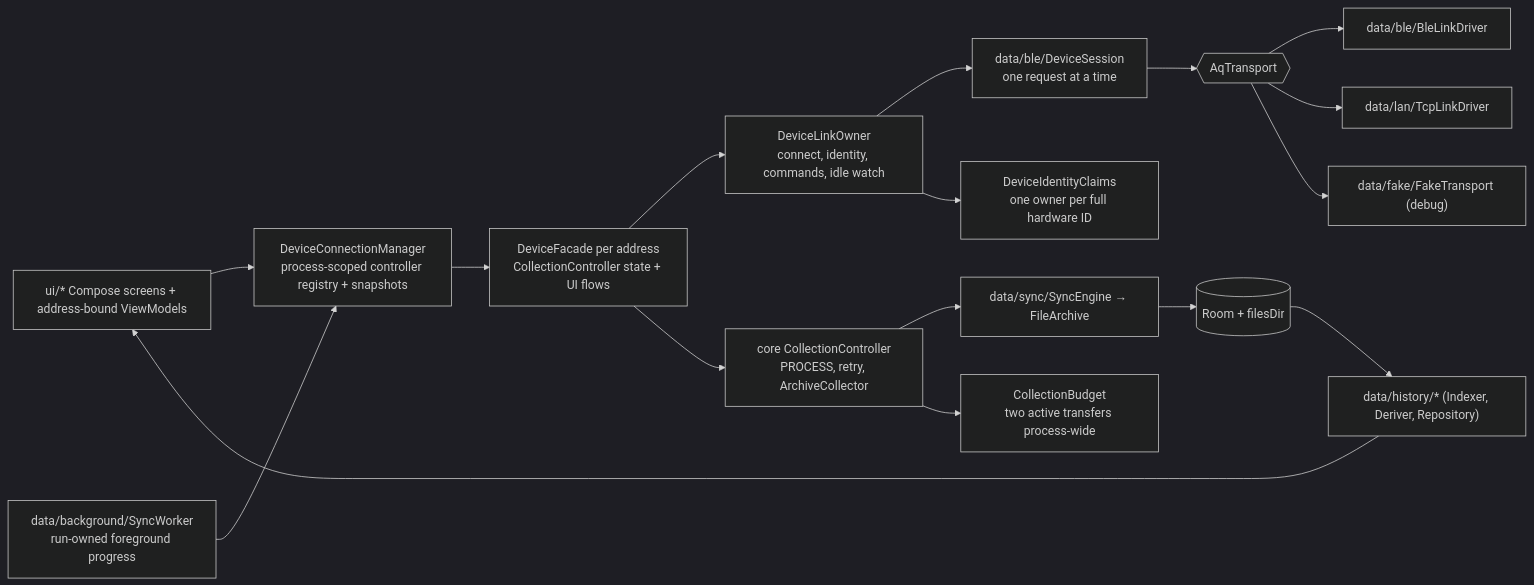
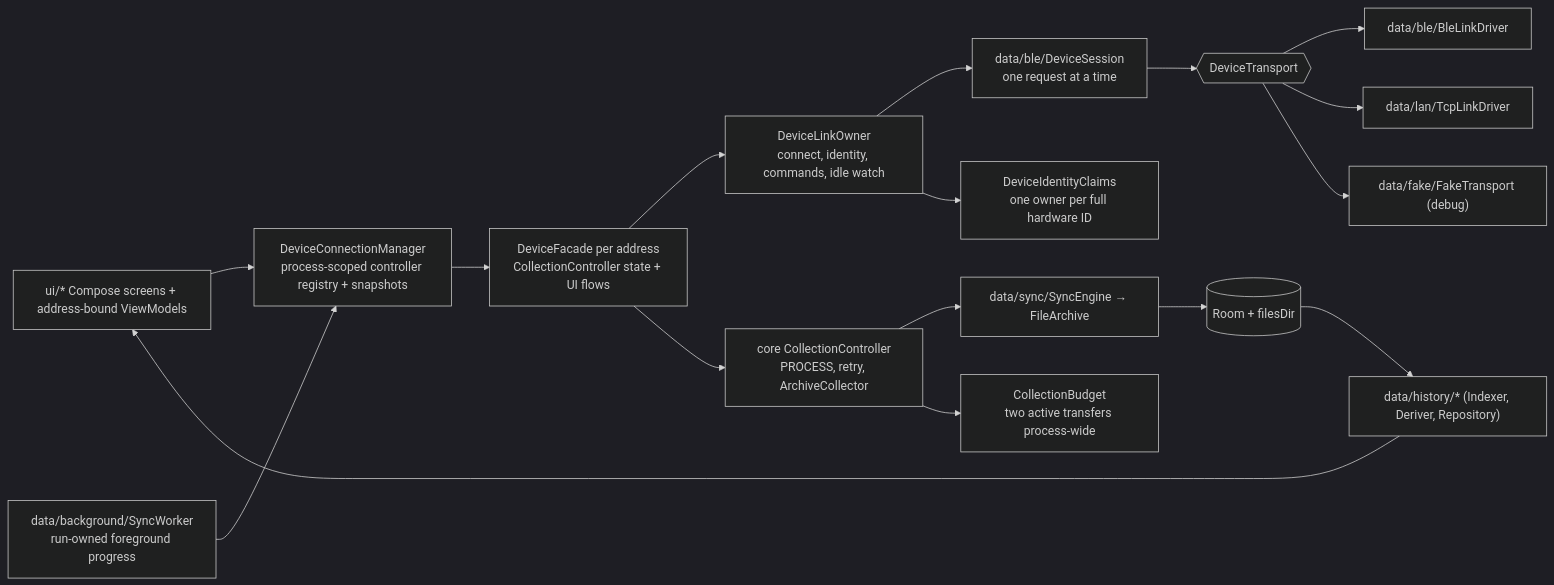
One commit to walkthru-earth/opensensor-space-mobile changed the third of 3 diagrams in docs/architecture.md. Above: the diagram before and after it, drawn with Mermaid (dark theme). The commit also changed other lines of this file and 1640 other files, not shown here.

````diff
--- a/docs/architecture.md
+++ b/docs/architecture.md
@@ -151,19 +151,19 @@
 ```mermaid
 flowchart LR
   UI["ui/* Compose screens + address-bound ViewModels"] --> MANAGER["DeviceConnectionManager<br/>process-scoped controller registry + snapshots"]
   MANAGER --> REPO["DeviceFacade per address<br/>CollectionController state + UI flows"]
   REPO --> OWNER["DeviceLinkOwner<br/>connect, identity, commands, idle watch"]
   OWNER --> SESS["data/ble/DeviceSession<br/>one request at a time"]
-  SESS --> TR{{"AqTransport"}}
+  SESS --> TR{{"DeviceTransport"}}
   TR --> BLE["data/ble/BleLinkDriver"]
   TR --> LAN["data/lan/TcpLinkDriver"]
   TR --> FAKE["data/fake/FakeTransport (debug)"]
   REPO --> COLLECT["core CollectionController<br/>PROCESS, retry, ArchiveCollector"]
   COLLECT --> SYNC["data/sync/SyncEngine → FileArchive"]
   SYNC --> ROOM[("Room + filesDir")]
   ROOM --> HIST["data/history/* (Indexer, Deriver, Repository)"]
   HIST --> UI
   WORK["data/background/SyncWorker<br/>run-owned foreground progress"] --> MANAGER
   OWNER --> CLAIM["DeviceIdentityClaims<br/>one owner per full hardware ID"]
   COLLECT --> BUDGET["CollectionBudget<br/>two active transfers process-wide"]
 ```
````
